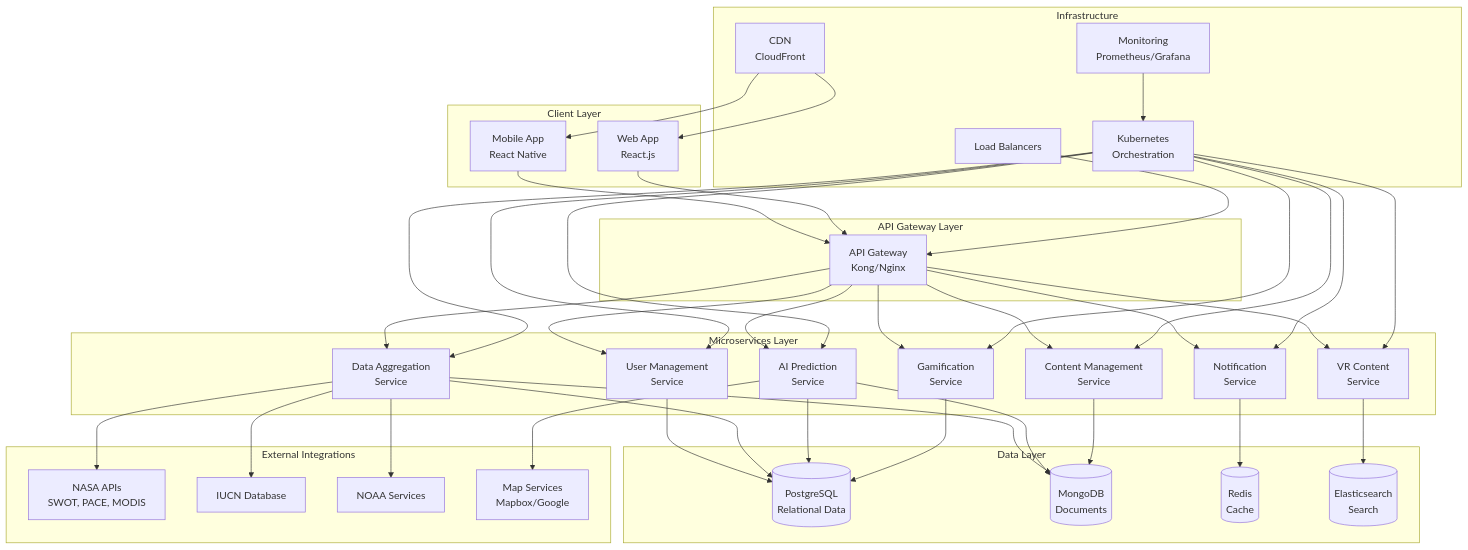
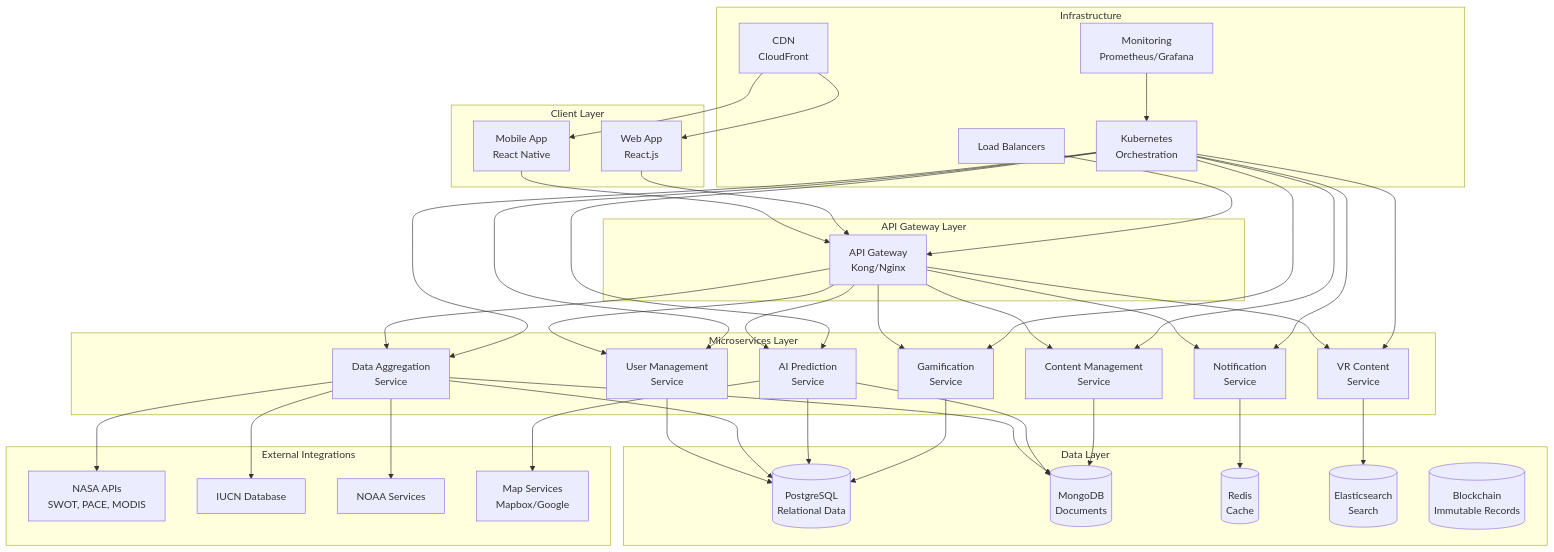
One commit to 2025-NASA-Spaceapps/docs changed the first of 8 diagrams in roadmap.md. Above: the diagram before and after it, drawn with Mermaid. The commit also changed other lines of this file, not shown here.

````diff
--- a/roadmap.md
+++ b/roadmap.md
@@ -20,80 +20,81 @@
 ```mermaid
 graph TB
     subgraph "Client Layer"
         MA[Mobile App<br/>React Native]
         WA[Web App<br/>React.js]
     end
 
     subgraph "API Gateway Layer"
         AG[API Gateway<br/>Kong/Nginx]
     end
 
     subgraph "Microservices Layer"
         UM[User Management<br/>Service]
         DM[Data Aggregation<br/>Service]
         AM[AI Prediction<br/>Service]
         CM[Content Management<br/>Service]
         GM[Gamification<br/>Service]
         NM[Notification<br/>Service]
         VM[VR Content<br/>Service]
     end
 
     subgraph "Data Layer"
         PG[(PostgreSQL<br/>Relational Data)]
         MG[(MongoDB<br/>Documents)]
         RD[(Redis<br/>Cache)]
         ES[(Elasticsearch<br/>Search)]
+        BC[(Blockchain<br/>Immutable Records)]
     end
 
     subgraph "External Integrations"
         NASA[NASA APIs<br/>SWOT, PACE, MODIS]
         IUCN[IUCN Database]
         NOAA[NOAA Services]
         MAPS[Map Services<br/>Mapbox/Google]
     end
 
     subgraph "Infrastructure"
         K8S[Kubernetes<br/>Orchestration]
         CDN[CDN<br/>CloudFront]
         LB[Load Balancers]
         MON[Monitoring<br/>Prometheus/Grafana]
     end
 
     MA --> AG
     WA --> AG
     AG --> UM
     AG --> DM
     AG --> AM
     AG --> CM
     AG --> GM
     AG --> NM
     AG --> VM
 
     UM --> PG
     DM --> PG
     DM --> MG
     AM --> PG
     AM --> MG
     CM --> MG
     GM --> PG
     NM --> RD
     VM --> ES
 
     DM --> NASA
     DM --> IUCN
     DM --> NOAA
     AM --> MAPS
 
     K8S --> UM
     K8S --> DM
     K8S --> AM
     K8S --> CM
     K8S --> GM
     K8S --> NM
     K8S --> VM
 
     CDN --> MA
     CDN --> WA
     LB --> AG
     MON --> K8S
 ```
````
